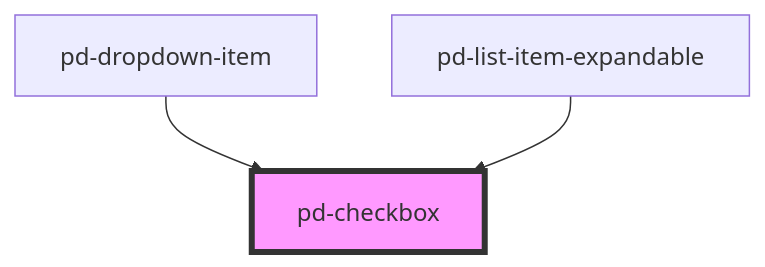
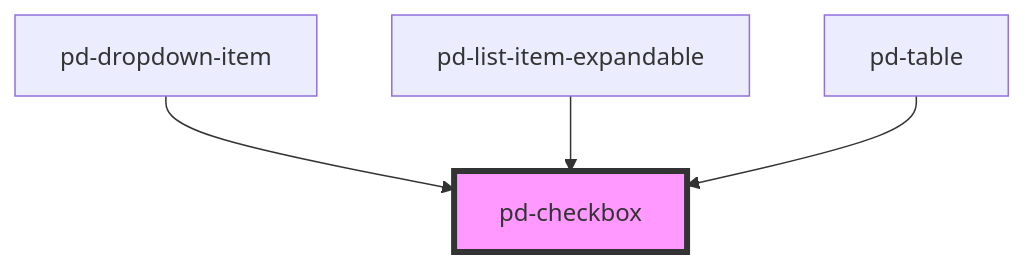
Before and after one commit to Lambda-IT/parlamentsdienste-components: the diagram in packages/core/src/components/pd-checkbox/readme.md, drawn with Mermaid. The commit also changed other lines of this file and 41 other files, not shown here.

````diff
--- a/packages/core/src/components/pd-checkbox/readme.md
+++ b/packages/core/src/components/pd-checkbox/readme.md
@@ -65,6 +66,7 @@
 ```mermaid
 graph TD;
   pd-dropdown-item --> pd-checkbox
   pd-list-item-expandable --> pd-checkbox
+  pd-table --> pd-checkbox
   style pd-checkbox fill:#f9f,stroke:#333,stroke-width:4px
 ```
````
